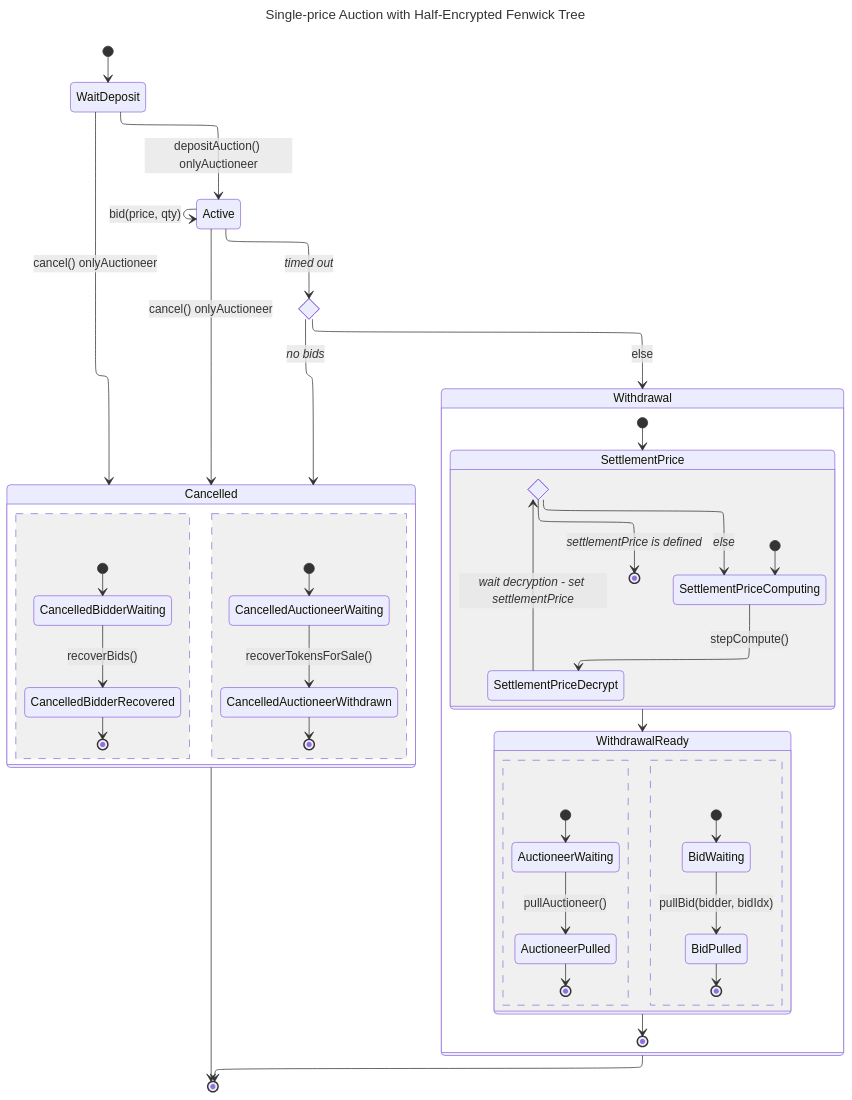
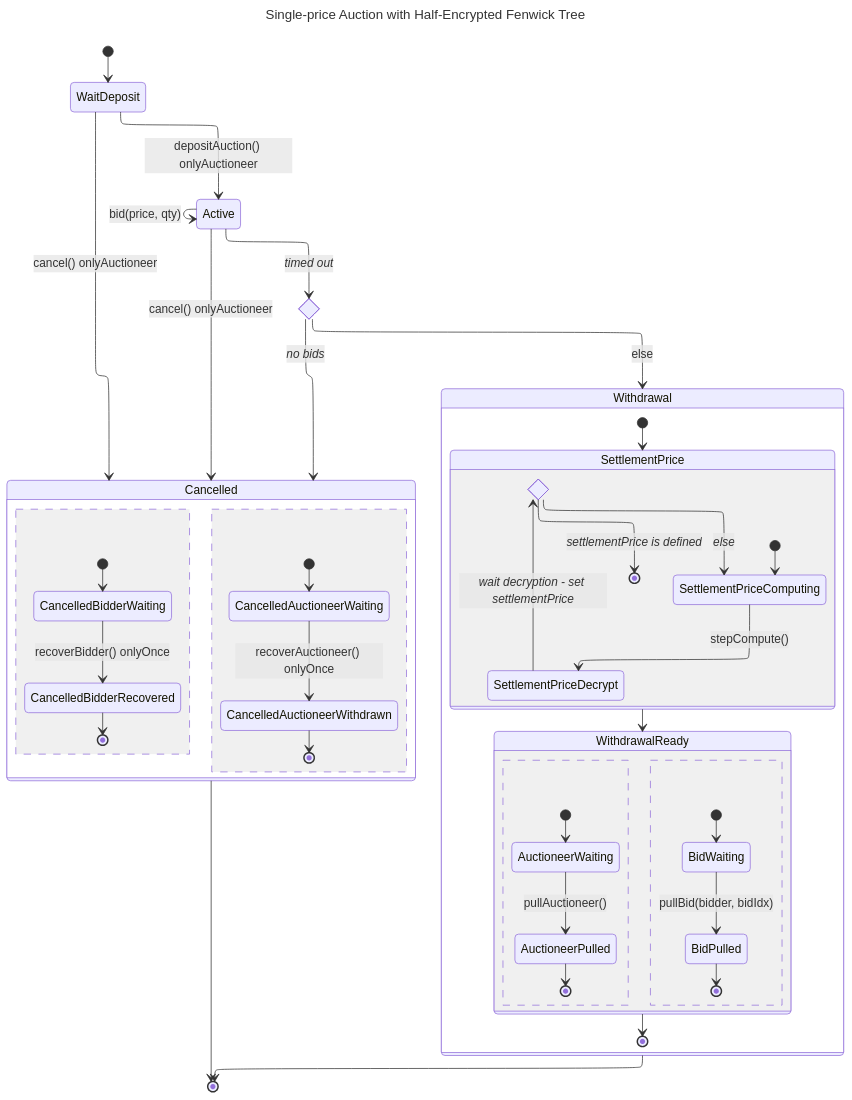
The diagram in docs/state.md (palra/zama-bounty-confidential-auction), drawn with Mermaid before and after one commit. The commit also changed other lines of this file and 5 other files, not shown here.

````diff
--- a/docs/state.md
+++ b/docs/state.md
@@ -1,62 +7,62 @@
 ```mermaid
 ---
 title: Single-price Auction with Half-Encrypted Fenwick Tree
 config:
   layout: elk
 ---
 stateDiagram-v2
     [*] --> WaitDeposit
 
     WaitDeposit --> Active: depositAuction() onlyAuctioneer
     WaitDeposit --> Cancelled: cancel() onlyAuctioneer
 
     Active --> Active: bid(price, qty)
     Active --> Cancelled: cancel() onlyAuctioneer
 
     state CheckBidders <<choice>>
 
     CheckBidders --> Cancelled: _no bids_
     CheckBidders --> Withdrawal: else
 
     Active --> CheckBidders: _timed out_
 
     state Withdrawal {
 
       [*] -->  SettlementPrice
       state SettlementPrice {
         state SettlementPrice_IsFinished <<choice>>
         [*] --> SettlementPriceComputing
         SettlementPriceComputing --> SettlementPriceDecrypt: stepCompute()
         SettlementPriceDecrypt --> SettlementPrice_IsFinished: _wait decryption - set settlementPrice_
           SettlementPrice_IsFinished --> [*]: _settlementPrice is defined_
         SettlementPrice_IsFinished --> SettlementPriceComputing : _else_
       }
       SettlementPrice --> WithdrawalReady
 
       state WithdrawalReady {
         [*] --> AuctioneerWaiting
         AuctioneerWaiting --> AuctioneerPulled: pullAuctioneer()
         AuctioneerPulled --> [*]
         --
         [*] --> BidWaiting
         BidWaiting --> BidPulled: pullBid(bidder, bidIdx)
         BidPulled --> [*]
       }
 
       WithdrawalReady --> [*]
     }
 
     Withdrawal --> [*]
 
     state Cancelled {
         [*] --> CancelledAuctioneerWaiting
-        CancelledAuctioneerWaiting --> CancelledAuctioneerWithdrawn: recoverTokensForSale()
+        CancelledAuctioneerWaiting --> CancelledAuctioneerWithdrawn: recoverAuctioneer() onlyOnce
         CancelledAuctioneerWithdrawn --> [*]
         --
         [*] --> CancelledBidderWaiting
-        CancelledBidderWaiting --> CancelledBidderRecovered: recoverBids()
+        CancelledBidderWaiting --> CancelledBidderRecovered: recoverBidder() onlyOnce
         CancelledBidderRecovered --> [*]
     }
 
     Cancelled --> [*]
 ```
````
